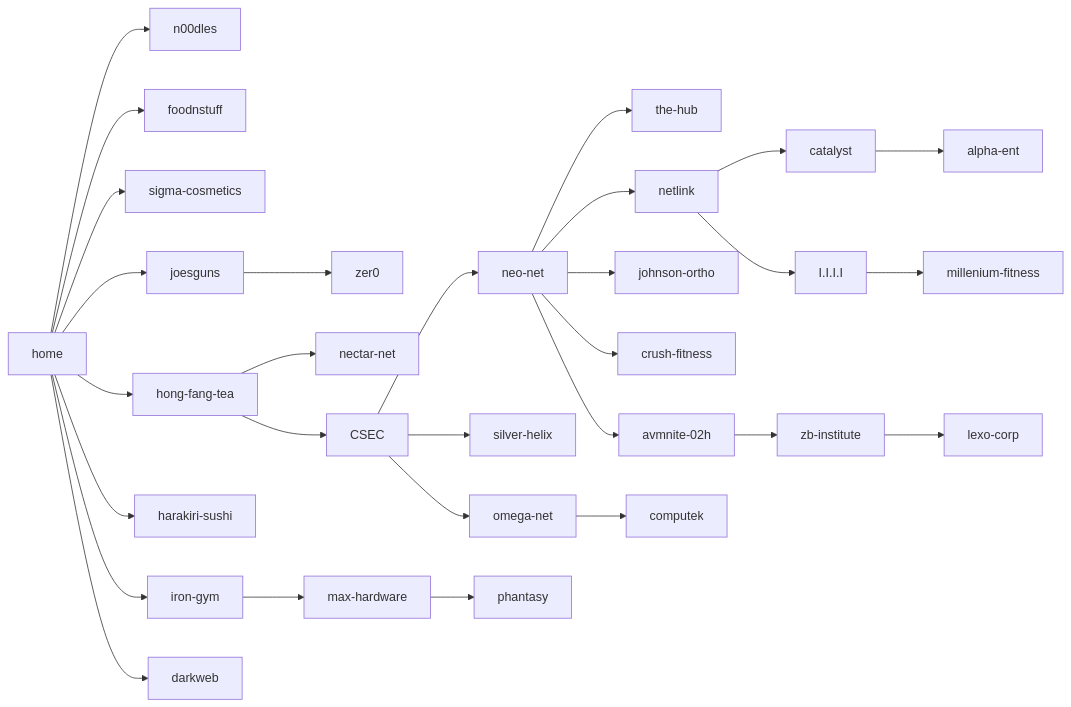
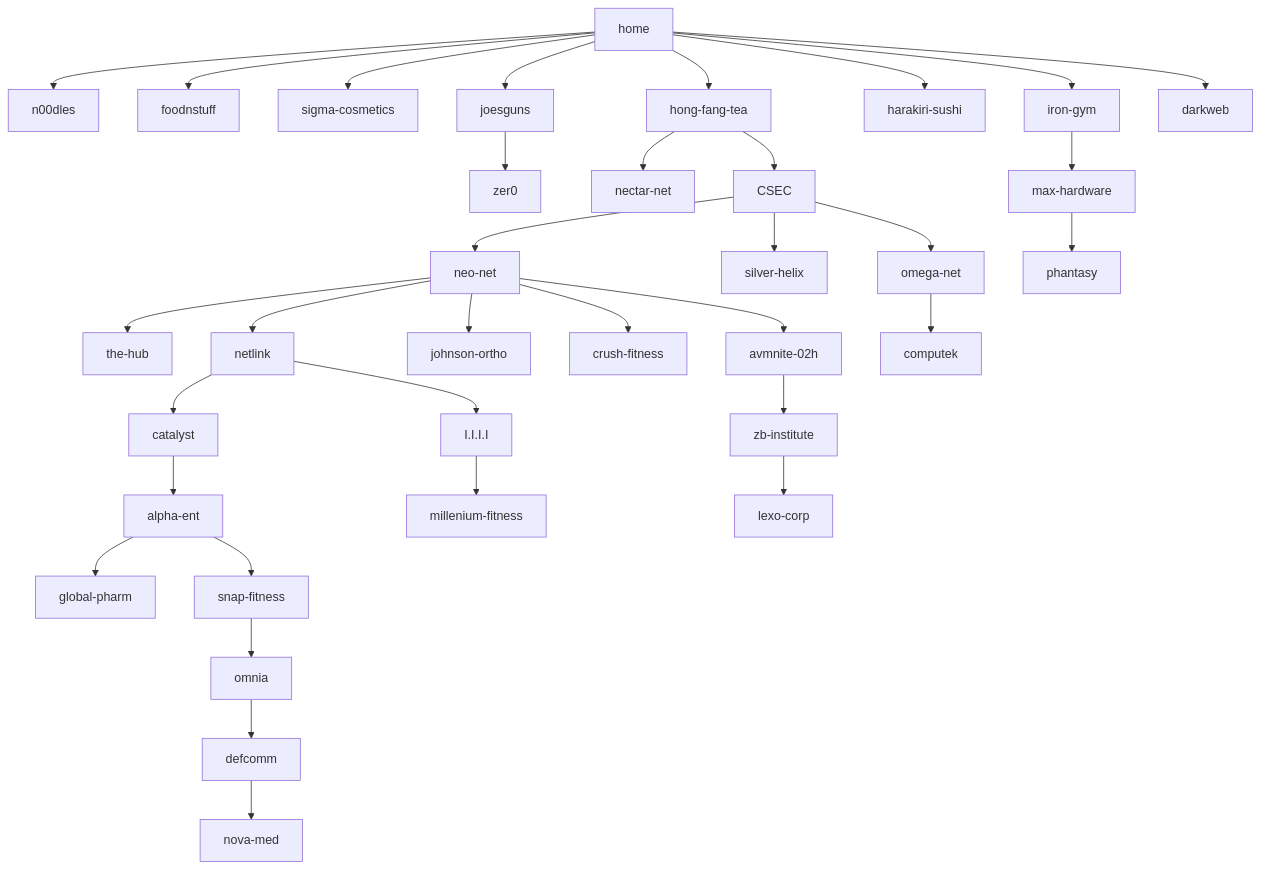
One commit to edernucci/bitburner-network-map changed the diagram in README.md. Above: the diagram before and after it, drawn with Mermaid.

````diff
--- a/README.md
+++ b/README.md
@@ -3,43 +3,52 @@
 ```mermaid
-flowchart LR
+flowchart TB
   home --> n00dles
   home --> foodnstuff
   home --> sigma-cosmetics
   home --> joesguns
   home --> hong-fang-tea
   home --> harakiri-sushi
   home --> iron-gym
   home --> darkweb
   
   joesguns --> zer0
   
   hong-fang-tea --> nectar-net
   hong-fang-tea --> CSEC
   
   iron-gym --> max-hardware
   
   max-hardware --> phantasy
   
   CSEC --> neo-net
   CSEC --> silver-helix
   CSEC --> omega-net
   
   neo-net --> the-hub
   neo-net --> netlink
   neo-net --> johnson-ortho
   neo-net --> crush-fitness
   neo-net --> avmnite-02h
   
   omega-net --> computek
   
   avmnite-02h --> zb-institute
   
   netlink --> catalyst
   netlink --> I.I.I.I
   
   zb-institute --> lexo-corp
   
   I.I.I.I --> millenium-fitness
   
   catalyst --> alpha-ent
+  
+  alpha-ent --> global-pharm
+  alpha-ent --> snap-fitness
+  
+  snap-fitness --> omnia
+  
+  omnia --> defcomm
+  
+  defcomm --> nova-med
 ```
````
